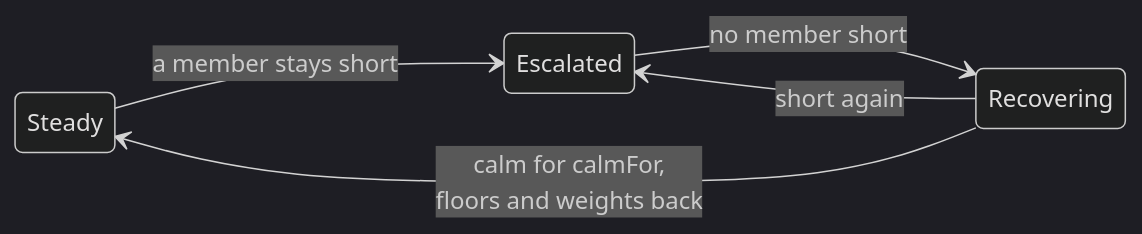
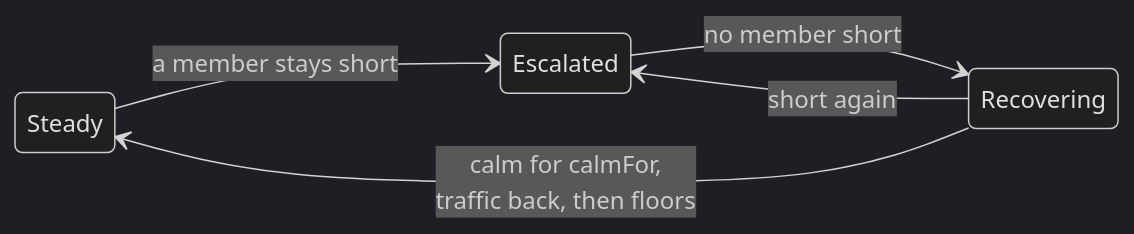
Before and after one commit to bluayer/plumb: the second of 3 diagrams in docs/architecture.md, drawn with Mermaid (dark theme). The commit also changed other lines of this file and 13 other files, not shown here.

````diff
--- a/docs/architecture.md
+++ b/docs/architecture.md
@@ -73,8 +73,8 @@
 ```mermaid
 stateDiagram-v2
   direction LR
   Steady --> Escalated: a member stays short
   Escalated --> Recovering: no member short
   Recovering --> Escalated: short again
-  Recovering --> Steady: calm for calmFor,<br/>floors and weights back
+  Recovering --> Steady: calm for calmFor,<br/>traffic back, then floors
 ```
````
